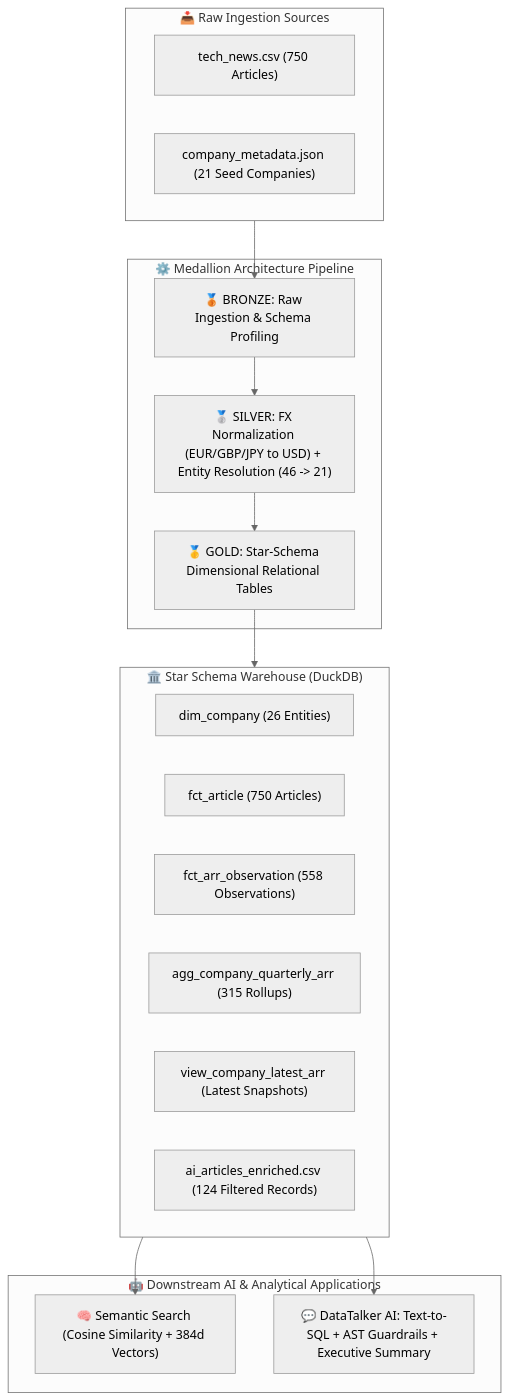
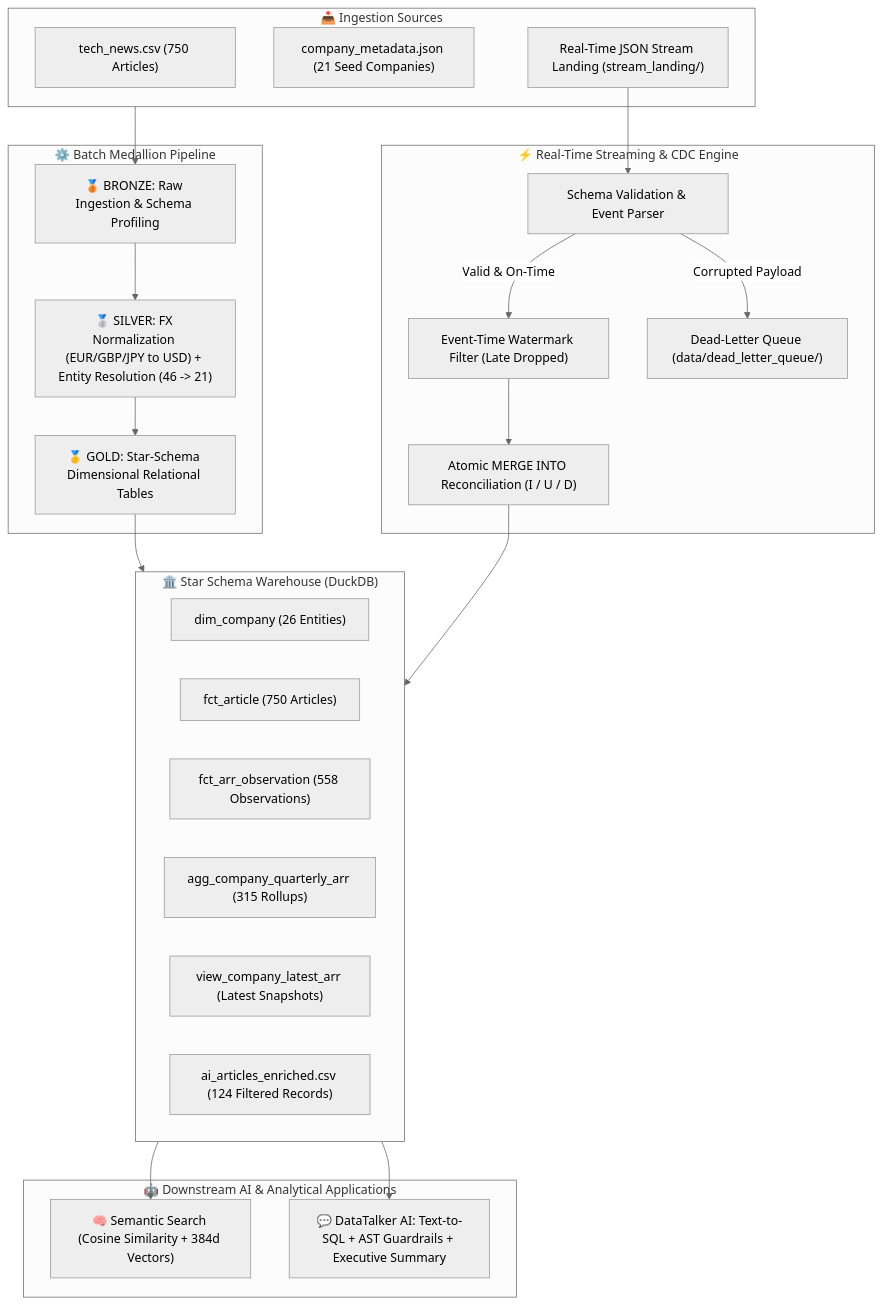
One commit to chanakyachandu/tech-news-arr-warehouse changed the diagram in README.md. Above: the diagram before and after it, drawn with Mermaid (neutral theme). The commit also changed other lines of this file and 13 other files, not shown here.

Commit message:
feat: Add Real-Time Streaming, Watermarking, DLQ, and CDC MERGE engine with 17 passing tests

````diff
--- a/README.md
+++ b/README.md
@@ -15,35 +16,47 @@
 ```mermaid
 flowchart TD
-    subgraph Sources["📥 Raw Ingestion Sources"]
+    subgraph Sources["📥 Ingestion Sources"]
         RAW_CSV["tech_news.csv (750 Articles)"]
         RAW_JSON["company_metadata.json (21 Seed Companies)"]
+        STREAM_IN["Real-Time JSON Stream Landing (stream_landing/)"]
     end
 
-    subgraph Medallion["⚙️ Medallion Architecture Pipeline"]
+    subgraph BatchMedallion["⚙️ Batch Medallion Pipeline"]
         B["🥉 BRONZE: Raw Ingestion & Schema Profiling"]
         S["🥈 SILVER: FX Normalization (EUR/GBP/JPY to USD) + Entity Resolution (46 -> 21)"]
         G["🥇 GOLD: Star-Schema Dimensional Relational Tables"]
         B --> S --> G
     end
 
+    subgraph StreamingCDC["⚡ Real-Time Streaming & CDC Engine"]
+        VAL["Schema Validation & Event Parser"]
+        WM["Event-Time Watermark Filter (Late Dropped)"]
+        DLQ["Dead-Letter Queue (data/dead_letter_queue/)"]
+        MERGE["Atomic MERGE INTO Reconciliation (I / U / D)"]
+        VAL -->|Valid & On-Time| WM --> MERGE
+        VAL -->|Corrupted Payload| DLQ
+    end
+
     Sources --> B
+    STREAM_IN --> VAL
 
     subgraph GoldWarehouse["🏛️ Star Schema Warehouse (DuckDB)"]
         DIM_COMP["dim_company (26 Entities)"]
         FCT_ART["fct_article (750 Articles)"]
         FCT_ARR["fct_arr_observation (558 Observations)"]
         AGG_QTR["agg_company_quarterly_arr (315 Rollups)"]
         VIEW_ARR["view_company_latest_arr (Latest Snapshots)"]
         DELIV["ai_articles_enriched.csv (124 Filtered Records)"]
     end
 
     G --> GoldWarehouse
+    MERGE --> GoldWarehouse
 
     subgraph DownstreamApps["🤖 Downstream AI & Analytical Applications"]
         VEC["🧠 Semantic Search (Cosine Similarity + 384d Vectors)"]
         TALKER["💬 DataTalker AI: Text-to-SQL + AST Guardrails + Executive Summary"]
     end
 
     GoldWarehouse --> VEC
     GoldWarehouse --> TALKER
 ```
````
